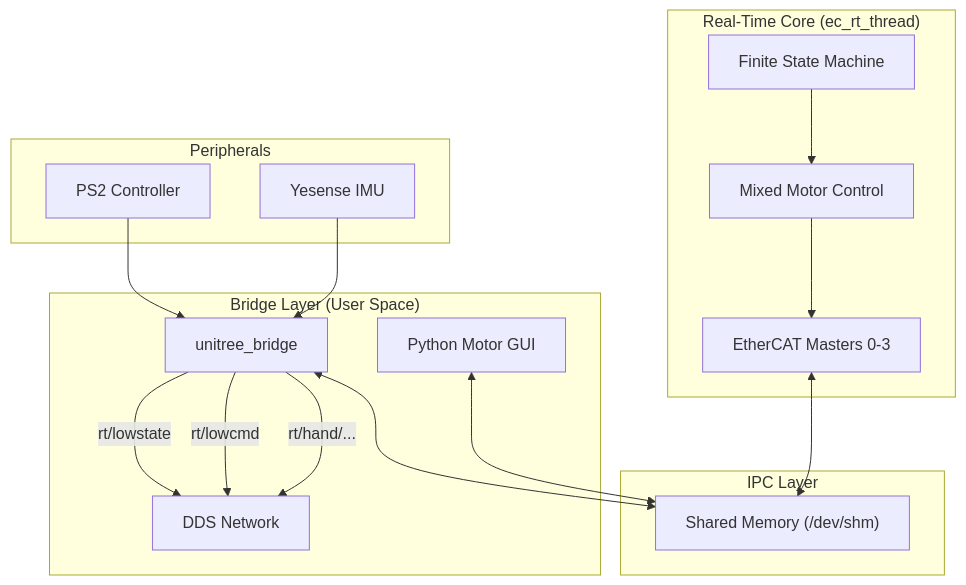
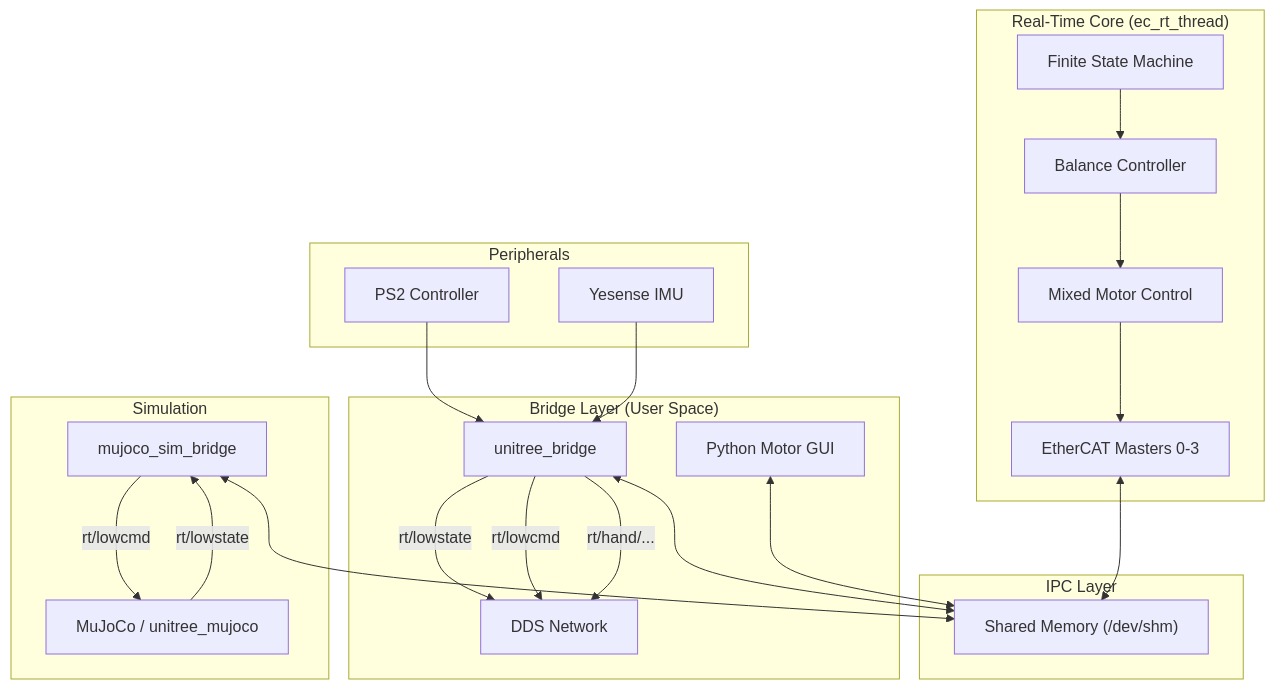
The diagram in README.md (yctan70/hello-world), drawn with Mermaid before and after one commit. The commit also changed other lines of this file, not shown here.

````diff
--- a/README.md
+++ b/README.md
@@ -35,33 +23,42 @@
 ```mermaid
 graph TD
     subgraph RTC["Real-Time Core (ec_rt_thread)"]
         FSM[Finite State Machine]
+        BAL[Balance Controller]
         EC["EtherCAT Masters 0-3"]
         Mix[Mixed Motor Control]
-        FSM --> Mix --> EC
+        FSM --> BAL --> Mix --> EC
     end
 
     subgraph IPC["IPC Layer"]
         SHM["Shared Memory (/dev/shm)"]
     end
 
     subgraph BL["Bridge Layer (User Space)"]
         UB[unitree_bridge]
         GUI[Python Motor GUI]
-        
+
         UB --"rt/lowstate"--> DDS[DDS Network]
         UB --"rt/lowcmd"--> DDS
         UB --"rt/hand/..."--> DDS
+    end
+
+    subgraph SIM["Simulation"]
+        MSB[mujoco_sim_bridge]
+        MJ[MuJoCo / unitree_mujoco]
+        MSB --"rt/lowcmd"--> MJ
+        MJ --"rt/lowstate"--> MSB
     end
 
     subgraph Peri["Peripherals"]
         PS2[PS2 Controller]
         IMU[Yesense IMU]
     end
 
     EC <--> SHM
     PS2 --> UB
     IMU --> UB
     UB <--> SHM
     GUI <--> SHM
+    MSB <--> SHM
 ```
````
